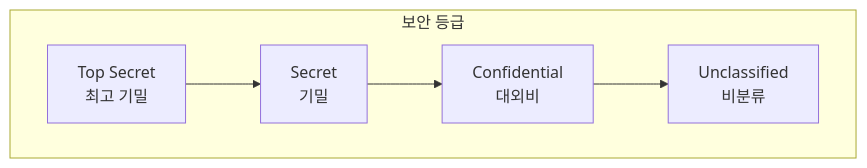
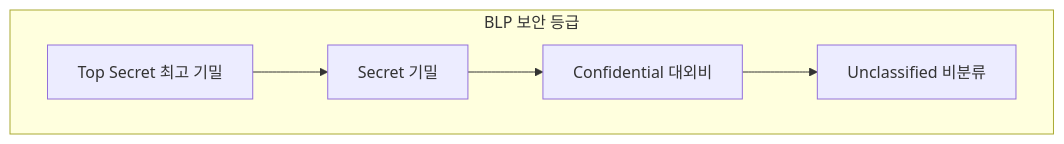
Before and after one commit to youngmin-gwon/what-i-studied: the first of 5 diagrams in 01_inbox/security/fundamentals/access-control-models.md, drawn with Mermaid. The commit also changed other lines of this file and 52 other files, not shown here.

````diff
--- a/01_inbox/security/fundamentals/access-control-models.md
+++ b/01_inbox/security/fundamentals/access-control-models.md
@@ -27,11 +22,11 @@
 ```mermaid
 graph TD
-    subgraph "보안 등급"
-        TS[Top Secret<br/>최고 기밀]
-        S[Secret<br/>기밀]
-        C[Confidential<br/>대외비]
-        U[Unclassified<br/>비분류]
+    subgraph "BLP 보안 등급"
+        TS[Top Secret 최고 기밀]
+        S[Secret 기밀]
+        C[Confidential 대외비]
+        U[Unclassified 비분류]
     end
     
     TS --> S --> C --> U
 ```
````
